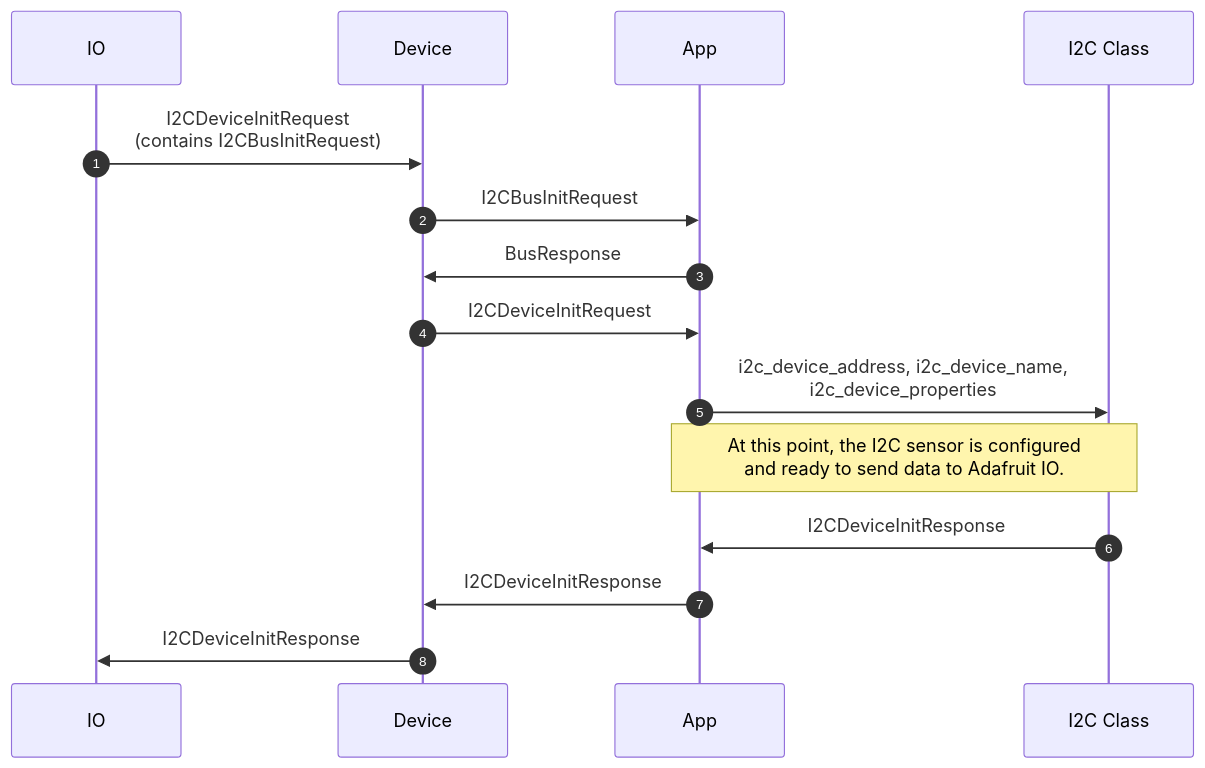
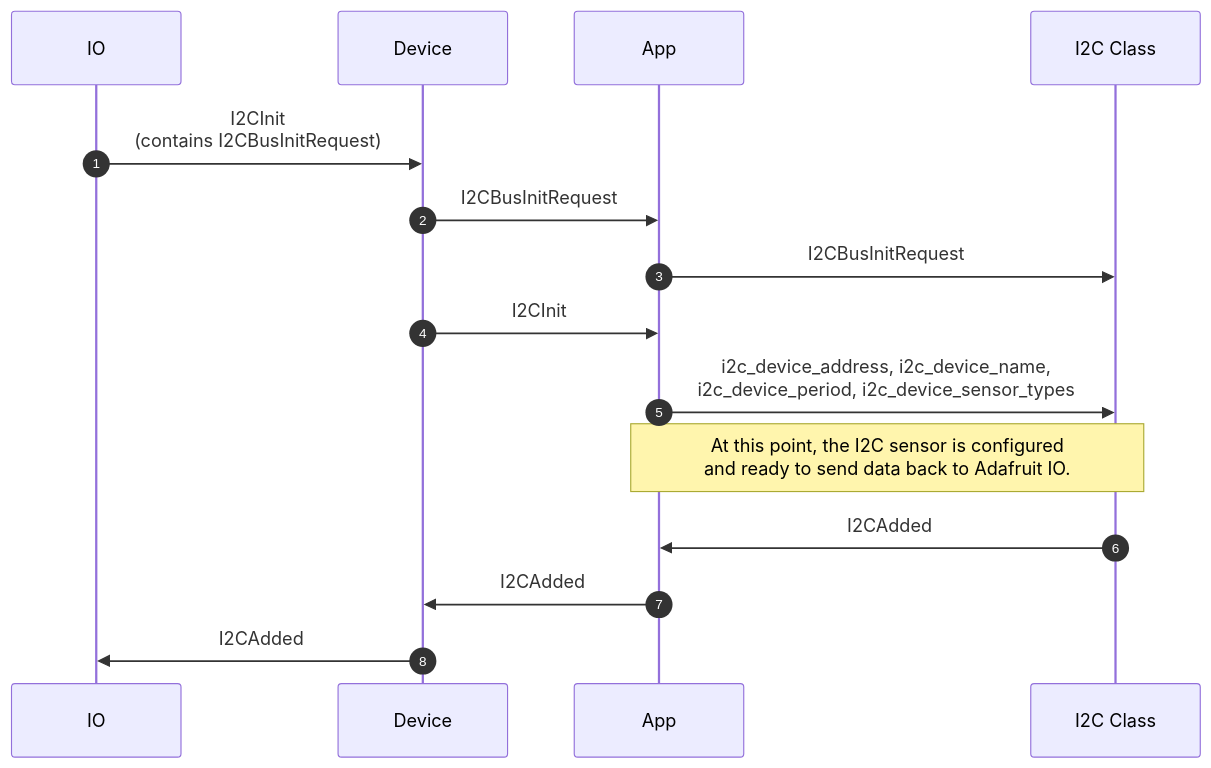
One commit to adafruit/Wippersnapper_Protobuf changed the second of 5 diagrams in proto/wippersnapper/docs/i2c.md. Above: the diagram before and after it, drawn with Mermaid. The commit also changed other lines of this file and 6 other files, not shown here.

````diff
--- a/proto/wippersnapper/docs/i2c.md
+++ b/proto/wippersnapper/docs/i2c.md
@@ -39,14 +39,14 @@
 ```mermaid
 sequenceDiagram
 autonumber
 
-IO->>Device: I2CDeviceInitRequest<br>(contains I2CBusInitRequest)
+IO->>Device: I2CInit<br>(contains I2CBusInitRequest)
 Device->>App: I2CBusInitRequest
-App->>Device: BusResponse
-Device->>App: I2CDeviceInitRequest
-App->>I2C Class: i2c_device_address, i2c_device_name,<br>i2c_device_properties
-Note over App,I2C Class: At this point, the I2C sensor is configured <br>and ready to send data to Adafruit IO.
-I2C Class->>App: I2CDeviceInitResponse
-App->>Device: I2CDeviceInitResponse
-Device->>IO: I2CDeviceInitResponse
+App->>I2C Class: I2CBusInitRequest
+Device->>App: I2CInit
+App->>I2C Class: i2c_device_address, i2c_device_name,<br>i2c_device_period, i2c_device_sensor_types
+Note over App,I2C Class: At this point, the I2C sensor is configured <br>and ready to send data back to Adafruit IO.
+I2C Class->>App: I2CAdded
+App->>Device: I2CAdded
+Device->>IO: I2CAdded
 ```
````
